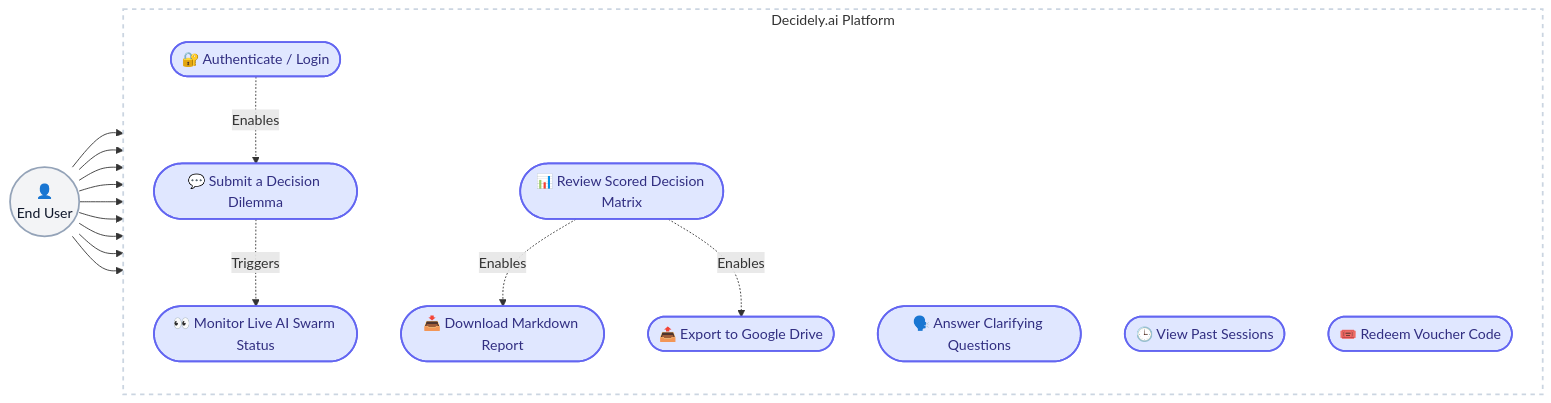
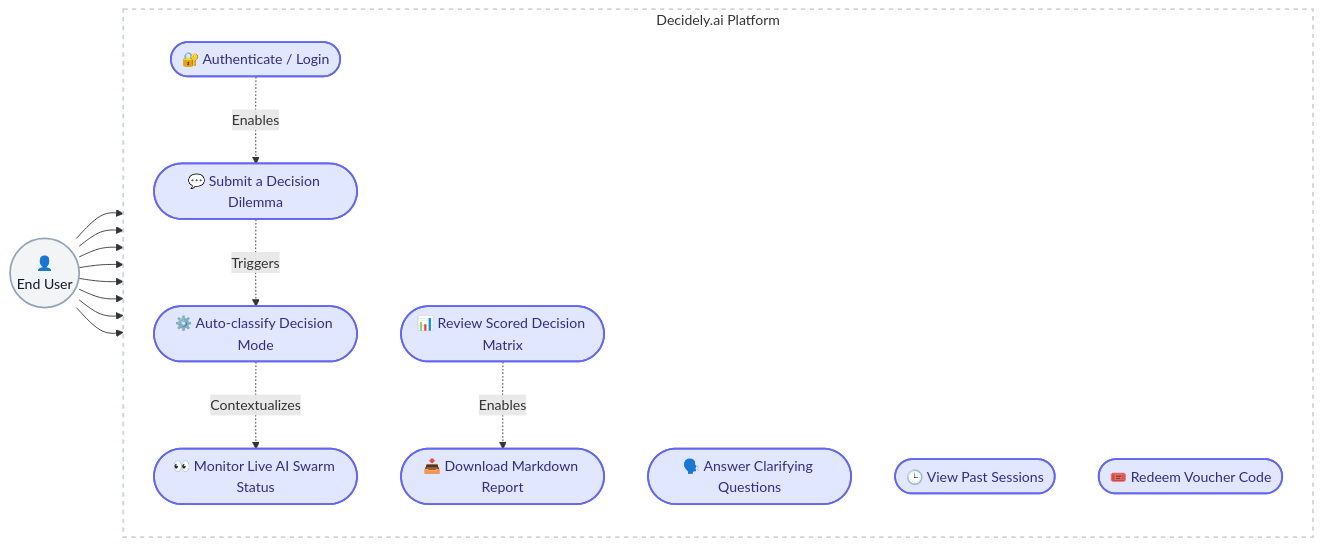
The first of 5 diagrams in README.md (withered-flowers/apps-hackathon-project-adk), drawn with Mermaid before and after one commit. The commit also changed other lines of this file and 1 other file, not shown here.

````diff
--- a/README.md
+++ b/README.md
@@ -27,42 +27,41 @@
 ```mermaid
 flowchart LR
     %% Styling
     classDef actor fill:#f3f4f6,stroke:#94a3b8,stroke-width:2px,color:#0f172a
     classDef usecase fill:#e0e7ff,stroke:#6366f1,stroke-width:2px,rx:20px,ry:20px,color:#312e81
     classDef boundary fill:#ffffff,stroke:#cbd5e1,stroke-width:2px,stroke-dasharray: 5 5
 
     %% Actor
     User((👤 <br/>End User)):::actor
 
     %% System Boundary
     subgraph System [Decidely.ai Platform]
         direction TB
         UC0([🔐 Authenticate / Login]):::usecase
         UC1([💬 Submit a Decision Dilemma]):::usecase
+        UC1a([⚙️ Auto-classify Decision Mode]):::usecase
         UC2([🗣️ Answer Clarifying Questions]):::usecase
         UC3([👀 Monitor Live AI Swarm Status]):::usecase
         UC4([📊 Review Scored Decision Matrix]):::usecase
         UC5([📥 Download Markdown Report]):::usecase
         UC6([🕒 View Past Sessions]):::usecase
-        UC7([📤 Export to Google Drive]):::usecase
         UC8([🎟️ Redeem Voucher Code]):::usecase
     end
     class System boundary
 
     %% Interactions
     User --> UC0
     User --> UC1
     User --> UC2
     User --> UC3
     User --> UC4
     User --> UC5
     User --> UC6
-    User --> UC7
     User --> UC8
 
     %% Optional dependency flow
     UC0 -.->|Enables| UC1
-    UC1 -.->|Triggers| UC3
+    UC1 -.->|Triggers| UC1a
+    UC1a -.->|Contextualizes| UC3
     UC4 -.->|Enables| UC5
-    UC4 -.->|Enables| UC7
 ```
````
